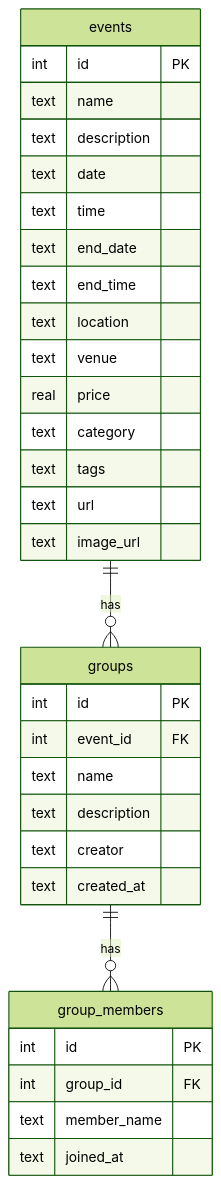
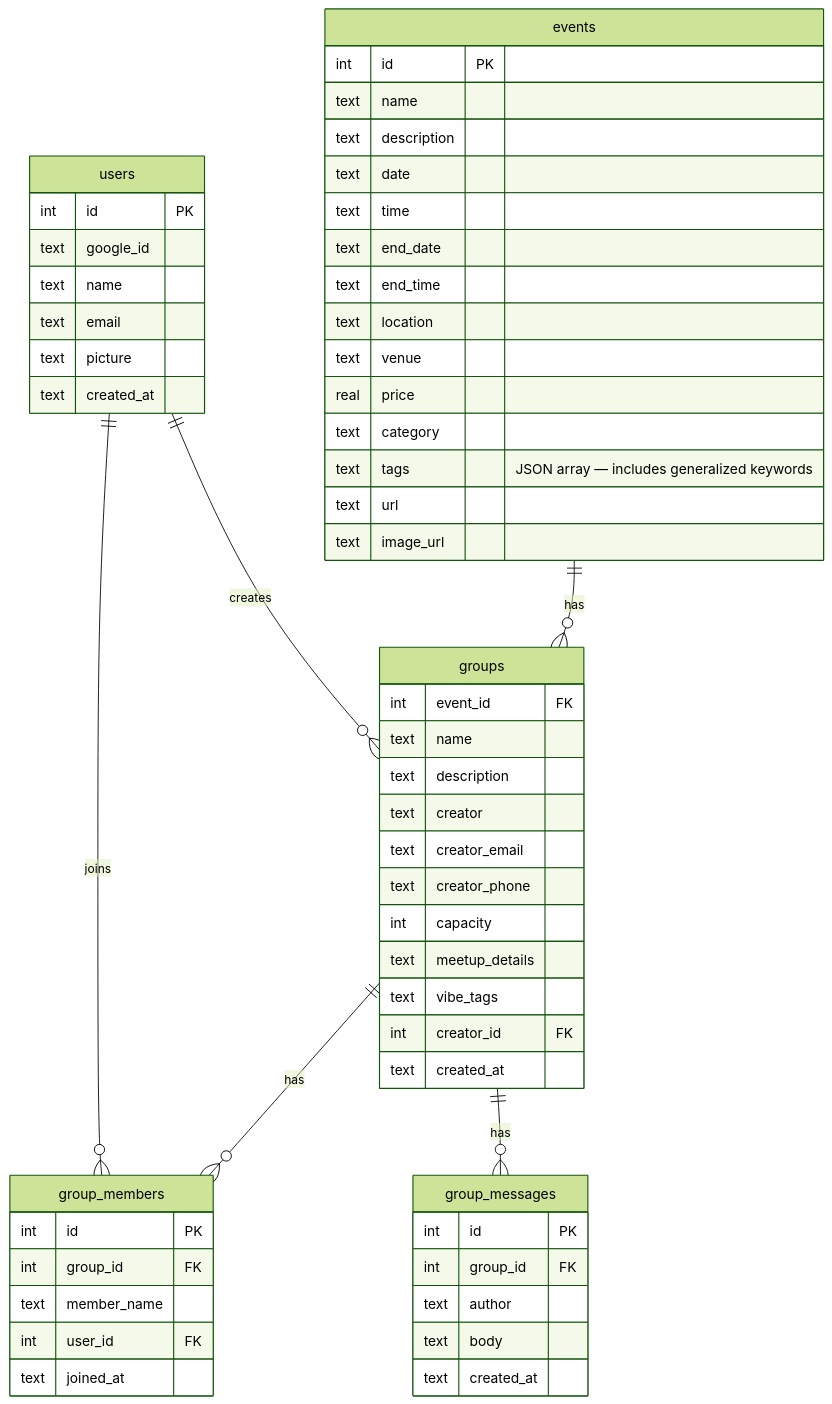
One commit to michaeldejournett/Raikes-Hacks-2026 changed the third of 3 diagrams in docs/architecture.md. Above: the diagram before and after it, drawn with Mermaid (forest theme). The commit also changed other lines of this file and 7 other files, not shown here.

````diff
--- a/docs/architecture.md
+++ b/docs/architecture.md
@@ -92,38 +118,64 @@
 ```mermaid
 erDiagram
   events {
     int id PK
     text name
     text description
     text date
     text time
     text end_date
     text end_time
     text location
     text venue
     real price
     text category
-    text tags
+    text tags "JSON array — includes generalized keywords"
     text url
     text image_url
   }
 
+  users {
+    int id PK
+    text google_id
+    text name
+    text email
+    text picture
+    text created_at
+  }
+
   groups {
-    int id PK
     int event_id FK
     text name
     text description
     text creator
+    text creator_email
+    text creator_phone
+    int capacity
+    text meetup_details
+    text vibe_tags
+    int creator_id FK
     text created_at
   }
 
   group_members {
     int id PK
     int group_id FK
     text member_name
+    int user_id FK
     text joined_at
   }
 
+  group_messages {
+    int id PK
+    int group_id FK
+    text author
+    text body
+    text created_at
+  }
+
   events ||--o{ groups : "has"
+  users ||--o{ groups : "creates"
   groups ||--o{ group_members : "has"
+  users ||--o{ group_members : "joins"
+  groups ||--o{ group_messages : "has"
 ```
````
